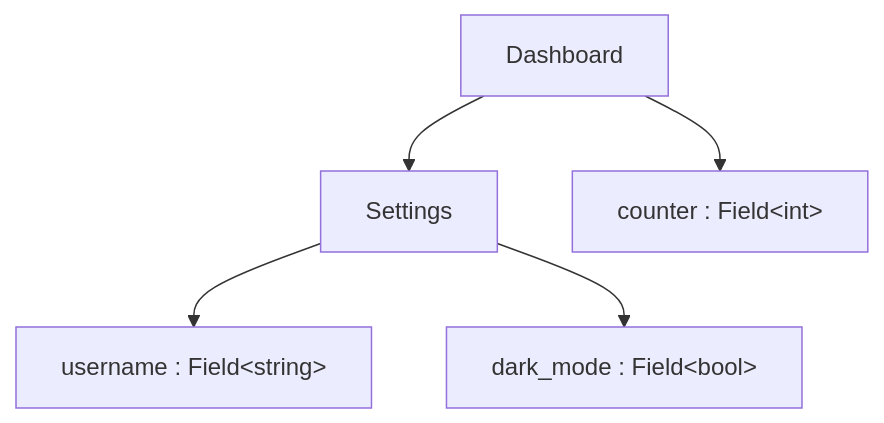
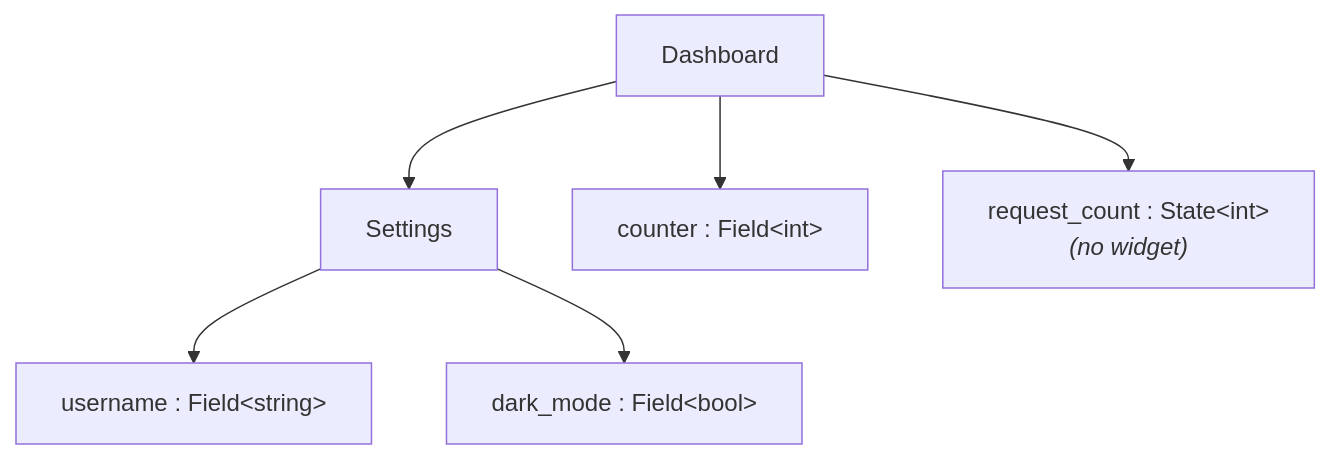
The third of 6 diagrams in README.md (jeandet/PRSIM), drawn with Mermaid before and after one commit. The commit also changed other lines of this file and 2 other files, not shown here.

````diff
--- a/README.md
+++ b/README.md
@@ -84,7 +113,8 @@
 ```mermaid
 graph TD
     D["Dashboard"] --> S["Settings"]
     D --> C["counter : Field&lt;int&gt;"]
+    D --> R["request_count : State&lt;int&gt;<br/><i>(no widget)</i>"]
     S --> U["username : Field&lt;string&gt;"]
     S --> DM["dark_mode : Field&lt;bool&gt;"]
 ```
````
